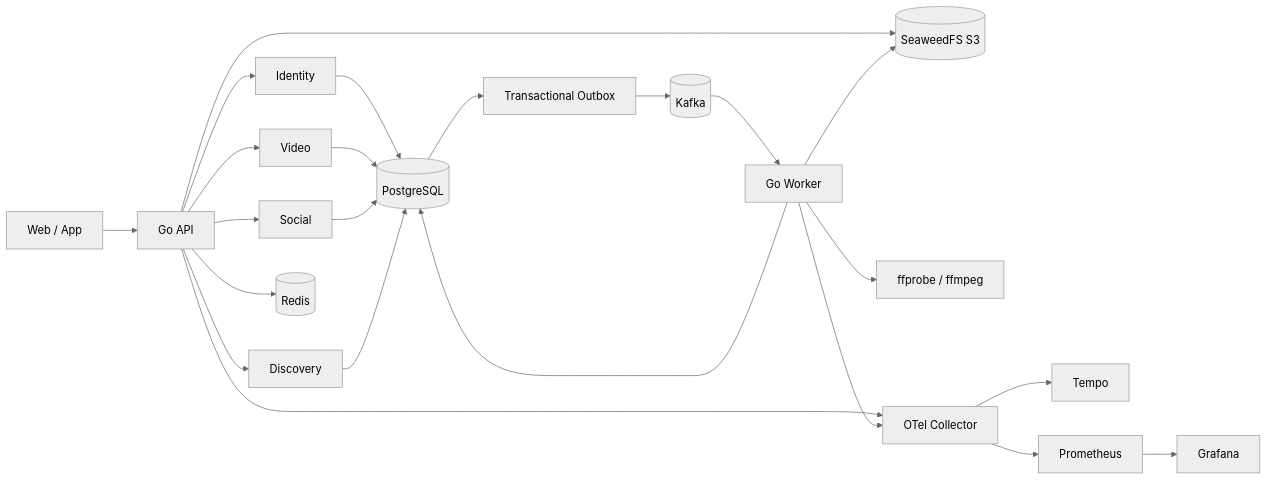
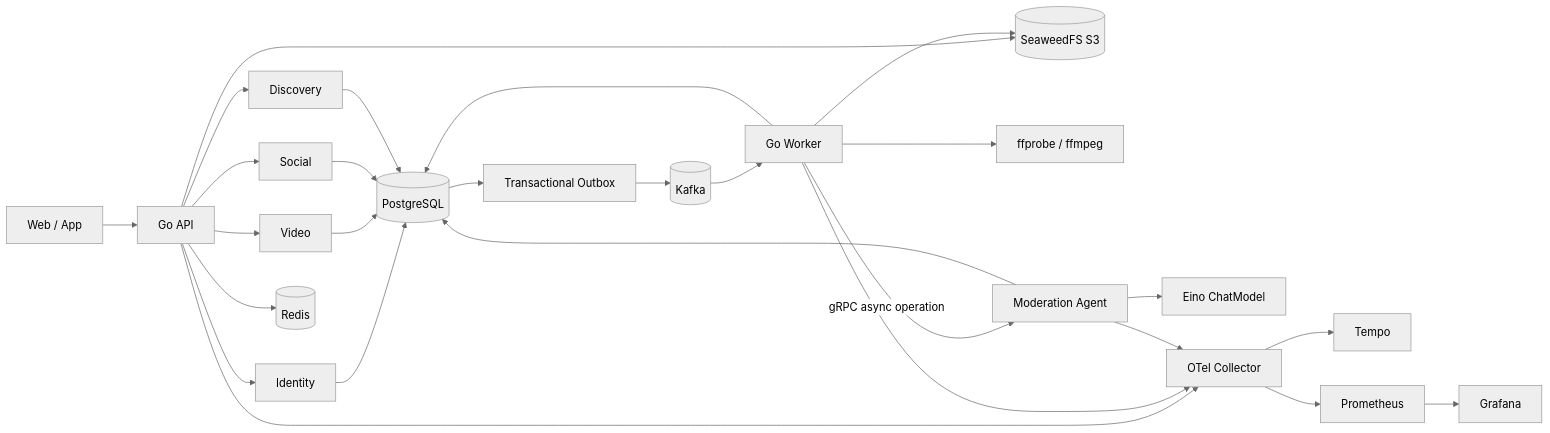
One commit to Sealessland/sea-music changed the diagram in docs/architecture.md. Above: the diagram before and after it, drawn with Mermaid (neutral theme). The commit also changed other lines of this file and 36 other files, not shown here.

Commit message:
feat: add reliable gRPC moderation agent

````diff
--- a/docs/architecture.md
+++ b/docs/architecture.md
@@ -5,21 +5,24 @@
 ```mermaid
 flowchart LR
     Client[Web / App] --> API[Go API]
     API --> ID[Identity]
     API --> Video[Video]
     API --> Social[Social]
     API --> Discovery[Discovery]
     ID & Video & Social & Discovery --> PG[(PostgreSQL)]
     API --> Redis[(Redis)]
     API --> S3[(SeaweedFS S3)]
     PG --> Outbox[Transactional Outbox]
     Outbox --> Kafka[(Kafka)]
     Kafka --> Worker[Go Worker]
     Worker --> PG
     Worker --> S3
     Worker --> FF[ffprobe / ffmpeg]
-    API & Worker --> OTel[OTel Collector]
+    Worker -->|gRPC async operation| Agent[Moderation Agent]
+    Agent --> PG
+    Agent --> Eino[Eino ChatModel]
+    API & Worker & Agent --> OTel[OTel Collector]
     OTel --> Tempo[Tempo]
     OTel --> Prom[Prometheus]
     Prom --> Grafana[Grafana]
 ```
````
